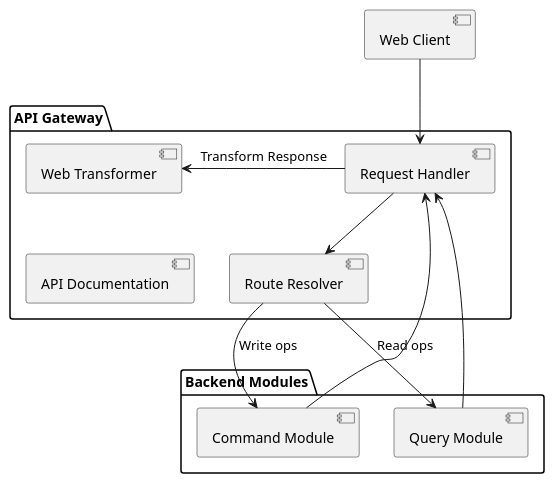
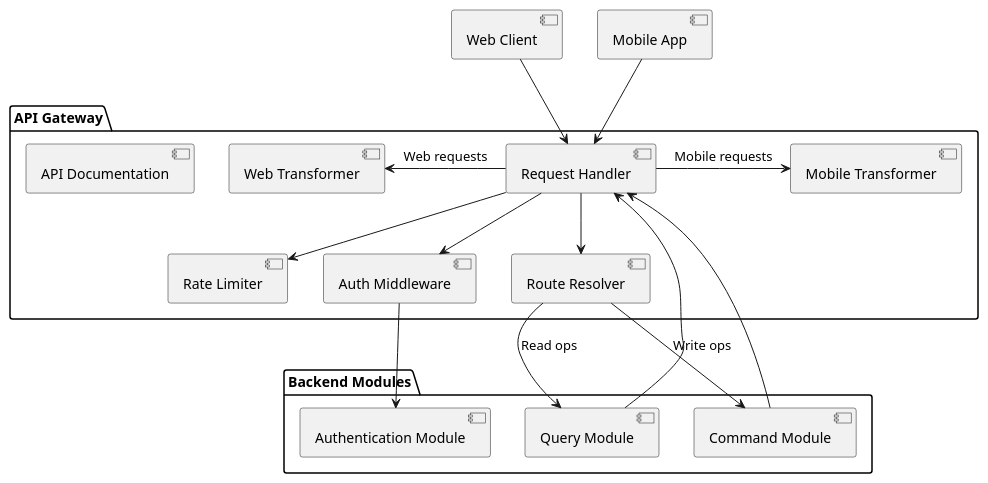
The third of 9 diagrams in docs/architecture.md (Osguima3/welz), drawn with PlantUML before and after one commit. The commit also changed other lines of this file and 6 other files, not shown here.

````diff
--- a/docs/architecture.md
+++ b/docs/architecture.md
@@ -384,28 +488,39 @@
 ```plantuml
 @startuml
 [Web Client]
+[Mobile App]
 
 package "API Gateway" {
     [Request Handler]
+    [Auth Middleware]
+    [Rate Limiter]
     [Route Resolver]
     [Web Transformer]
+    [Mobile Transformer]
     [API Documentation]
 }
 
 package "Backend Modules" {
     [Command Module]
     [Query Module]
+    [Authentication Module]
 }
 
 [Web Client] --> [Request Handler]
+[Mobile App] --> [Request Handler]
+
+[Request Handler] --> [Auth Middleware]
+[Request Handler] --> [Rate Limiter]
 [Request Handler] --> [Route Resolver]
+
+[Auth Middleware] --> [Authentication Module]
 [Route Resolver] --> [Command Module] : Write ops
 [Route Resolver] --> [Query Module] : Read ops
+
 [Command Module] --> [Request Handler]
 [Query Module] --> [Request Handler]
-[Request Handler] -left-> [Web Transformer] : Transform Response
 
-[Web Transformer] -[hidden]down-> [API Documentation]
-
+[Request Handler] -left-> [Web Transformer] : Web requests
+[Request Handler] -right-> [Mobile Transformer] : Mobile requests
 @enduml
 ```
````
